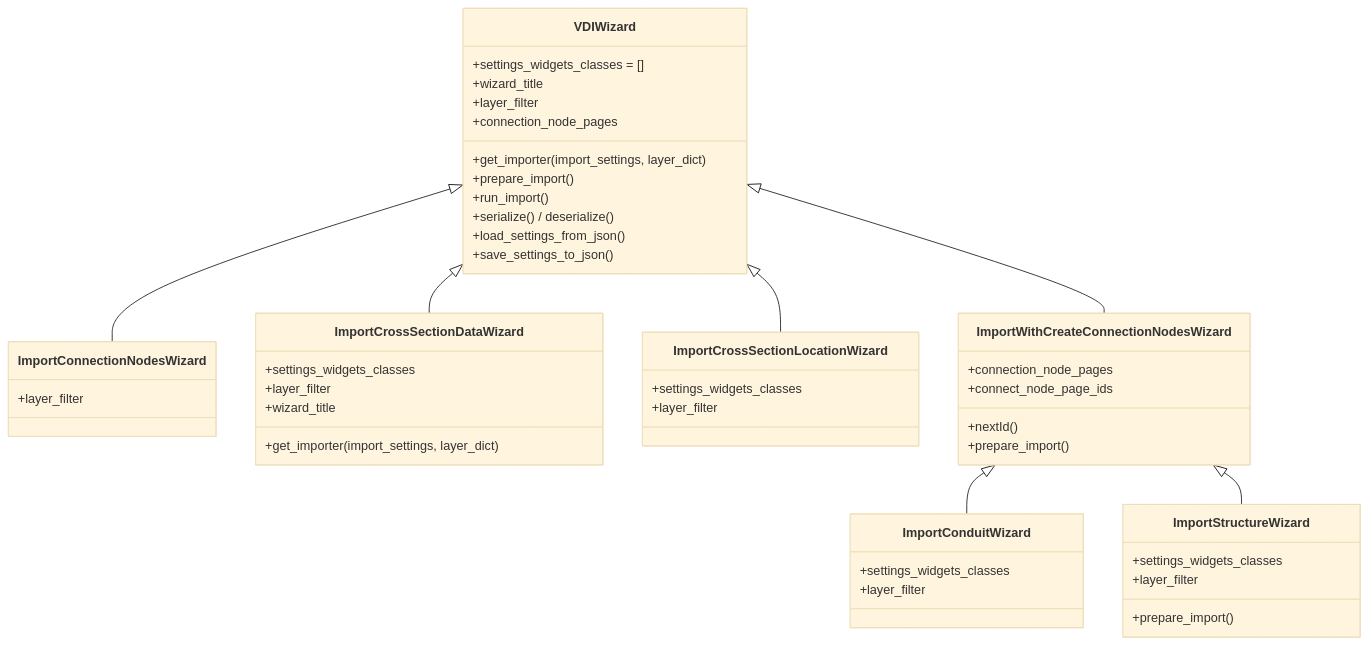
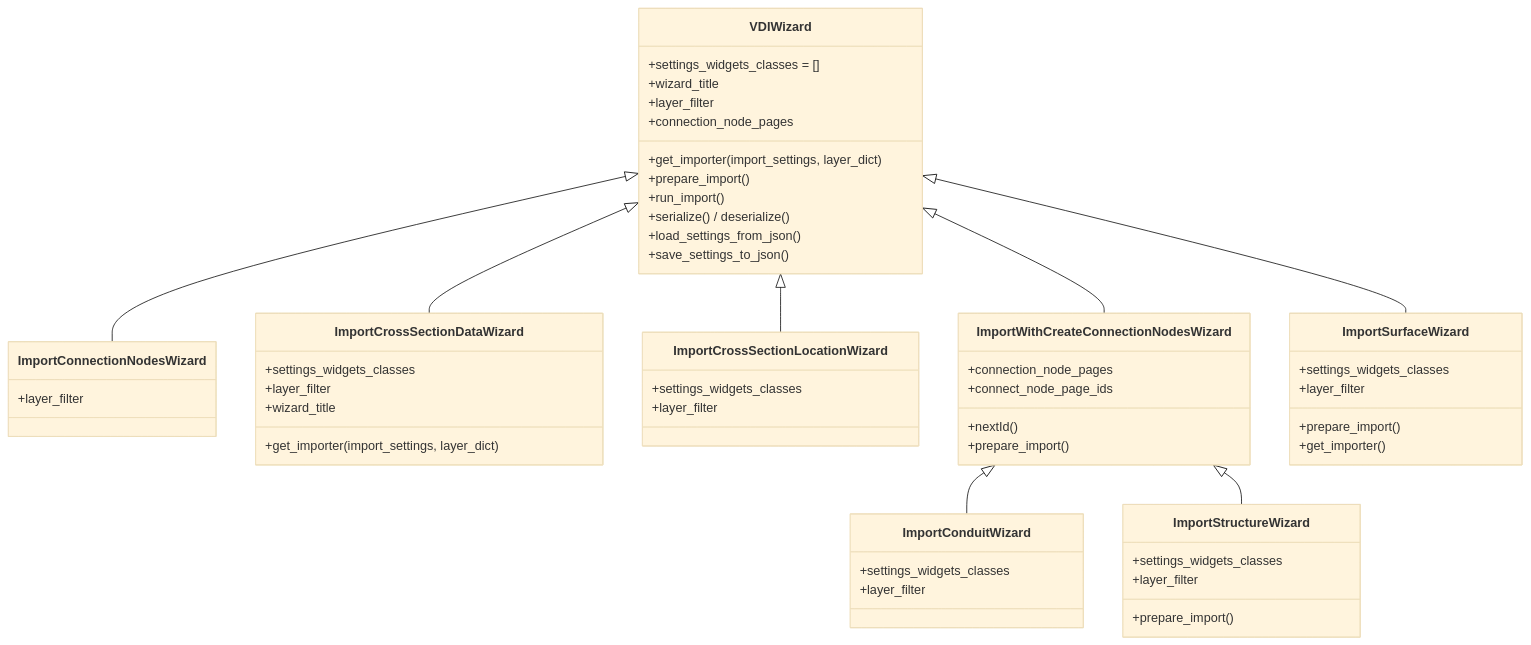
The first of 2 diagrams in threedi_schematisation_editor/vector_data_importer/wizard/DESIGN.md (nens/threedi-schematisation-editor), drawn with Mermaid (base theme) before and after one commit. The commit also changed other lines of this file and 28 other files, not shown here.

First line of the commit message:
Surface importer (#506)

````diff
--- a/threedi_schematisation_editor/vector_data_importer/wizard/DESIGN.md
+++ b/threedi_schematisation_editor/vector_data_importer/wizard/DESIGN.md
@@ -24,57 +25,65 @@
 ```mermaid
 classDiagram
     VDIWizard <|-- ImportConnectionNodesWizard
     VDIWizard <|-- ImportCrossSectionDataWizard
     VDIWizard <|-- ImportCrossSectionLocationWizard
     VDIWizard <|-- ImportWithCreateConnectionNodesWizard
     ImportWithCreateConnectionNodesWizard <|-- ImportConduitWizard
     ImportWithCreateConnectionNodesWizard <|-- ImportStructureWizard
+    VDIWizard <|-- ImportSurfaceWizard
     
     class VDIWizard {
         +settings_widgets_classes = []
         +wizard_title
         +layer_filter
         +connection_node_pages
         +get_importer(import_settings, layer_dict)
         +prepare_import()
         +run_import()
         +serialize() / deserialize()
         +load_settings_from_json()
         +save_settings_to_json()
     }
     
     class ImportConnectionNodesWizard {
         +layer_filter
     }    
 
     class ImportCrossSectionDataWizard {
         +settings_widgets_classes
         +layer_filter
         +get_importer(import_settings, layer_dict)
         +wizard_title
     }
 
     class ImportCrossSectionLocationWizard {
         +settings_widgets_classes
         +layer_filter
     }
     
     class ImportWithCreateConnectionNodesWizard {
         +connection_node_pages
         +connect_node_page_ids
         +nextId()
         +prepare_import()
         }
 
     class ImportConduitWizard { 
         +settings_widgets_classes
         +layer_filter
     }
 
     class ImportStructureWizard { 
         +settings_widgets_classes
         +layer_filter
         +prepare_import()
     }
 
+    class ImportSurfaceWizard {
+        +settings_widgets_classes
+        +layer_filter
+        +prepare_import()
+        +get_importer()
+    }
+
 ```
````
